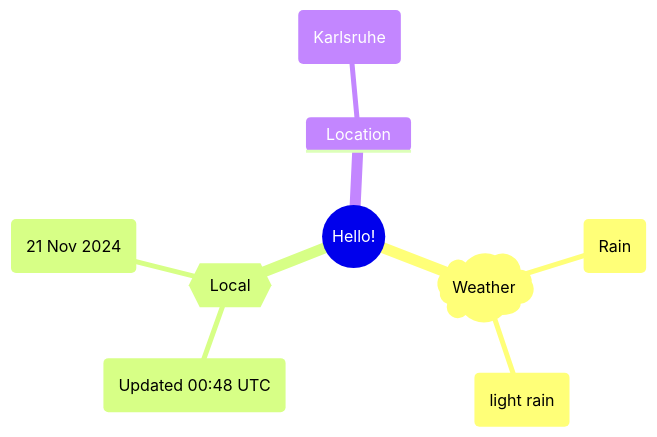
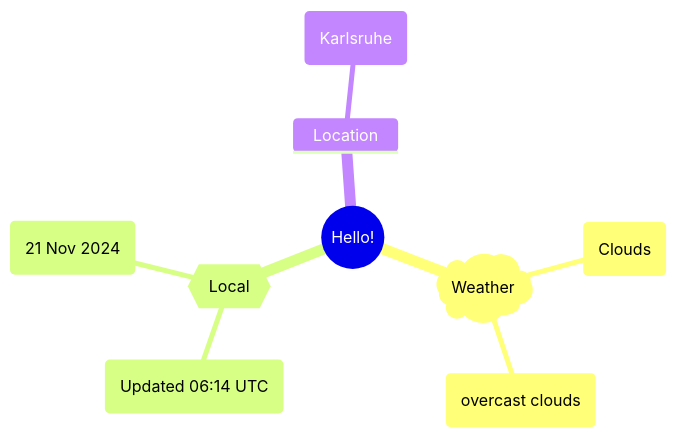
The first of 2 diagrams in README.md (Xosrov/Xosrov), drawn with Mermaid before and after one commit.

Commit message:
[bot] updated images

````diff
--- a/README.md
+++ b/README.md
@@ -3,12 +3,12 @@
 ```mermaid
 mindmap
   root((Hello!))
     )Weather(
-        (Rain)
-        (light rain)
+        (Clouds)
+        (overcast clouds)
     {{Local}}
-        (Updated 00:48 UTC)
+        (Updated 06:14 UTC)
         (21 Nov 2024)
     Location
         (Karlsruhe)
 ```
````
